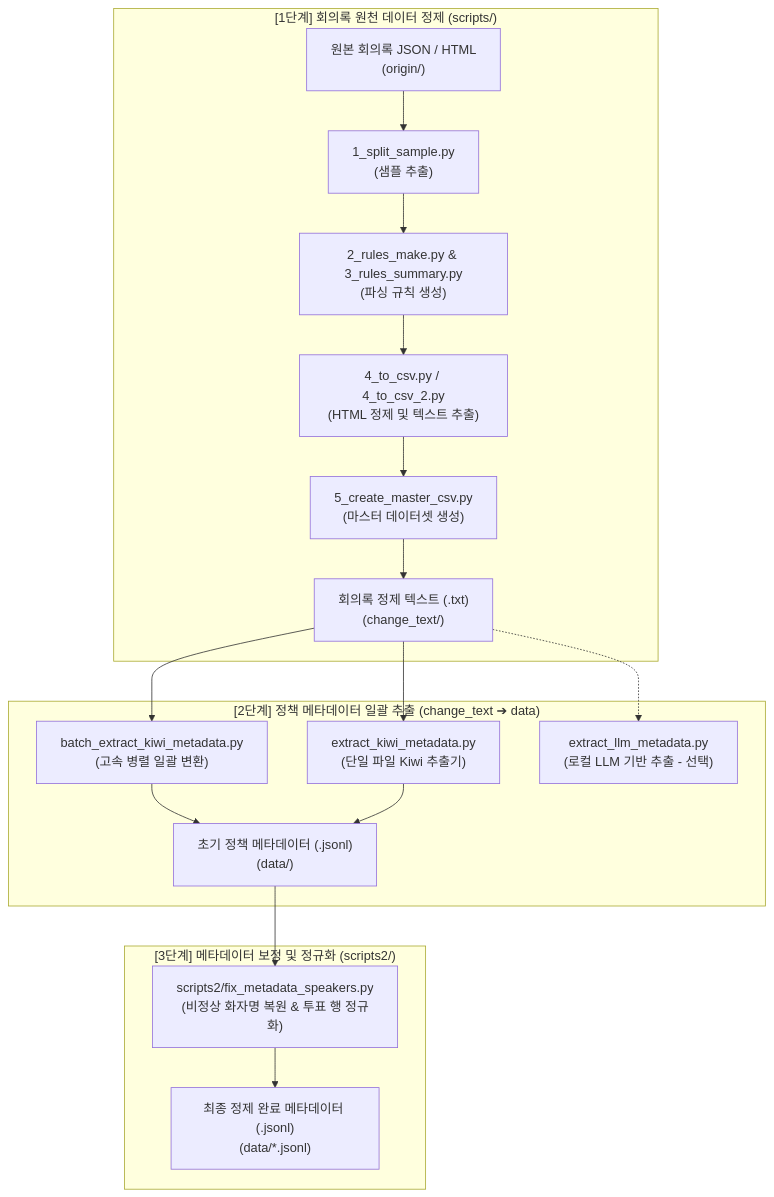
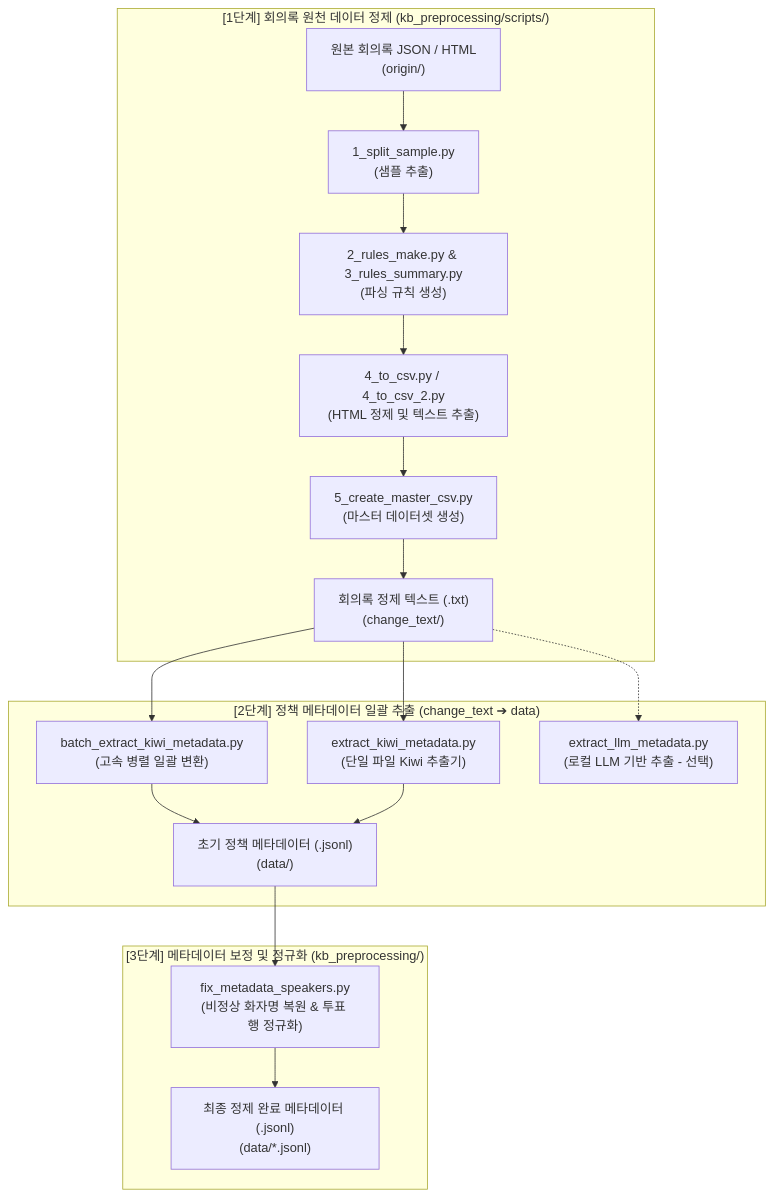
The diagram in README.md (credsuk/team-ggeodeureok), drawn with Mermaid before and after one commit. The commit also changed other lines of this file and 11 other files, not shown here.

Commit message:
refactor: consolidate all preprocessing scripts into kb_preprocessing folder

````diff
--- a/README.md
+++ b/README.md
@@ -9,23 +11,23 @@
 ```mermaid
 flowchart TD
-    subgraph S1["[1단계] 회의록 원천 데이터 정제 (scripts/)"]
+    subgraph S1["[1단계] 회의록 원천 데이터 정제 (kb_preprocessing/scripts/)"]
         Raw["원본 회의록 JSON / HTML<br/>(origin/)"] --> Split["1_split_sample.py<br/>(샘플 추출)"]
         Split --> Rule["2_rules_make.py & 3_rules_summary.py<br/>(파싱 규칙 생성)"]
         Rule --> ToCSV["4_to_csv.py / 4_to_csv_2.py<br/>(HTML 정제 및 텍스트 추출)"]
         ToCSV --> Master["5_create_master_csv.py<br/>(마스터 데이터셋 생성)"]
         Master --> ChangeText["회의록 정제 텍스트 (.txt)<br/>(change_text/)"]
     end
 
     subgraph S2["[2단계] 정책 메타데이터 일괄 추출 (change_text ➔ data)"]
         ChangeText --> KiwiBatch["batch_extract_kiwi_metadata.py<br/>(고속 병렬 일괄 변환)"]
         ChangeText --> KiwiSingle["extract_kiwi_metadata.py<br/>(단일 파일 Kiwi 추출기)"]
         ChangeText -.-> LLMExtract["extract_llm_metadata.py<br/>(로컬 LLM 기반 추출 - 선택)"]
         KiwiBatch --> JsonlData["초기 정책 메타데이터 (.jsonl)<br/>(data/)"]
         KiwiSingle --> JsonlData
     end
 
-    subgraph S3["[3단계] 메타데이터 보정 및 정규화 (scripts2/)"]
-        JsonlData --> FixSpeaker["scripts2/fix_metadata_speakers.py<br/>(비정상 화자명 복원 & 투표 행 정규화)"]
+    subgraph S3["[3단계] 메타데이터 보정 및 정규화 (kb_preprocessing/)"]
+        JsonlData --> FixSpeaker["fix_metadata_speakers.py<br/>(비정상 화자명 복원 & 투표 행 정규화)"]
         FixSpeaker --> FinalJsonl["최종 정제 완료 메타데이터 (.jsonl)<br/>(data/*.jsonl)"]
     end
 ```
````
